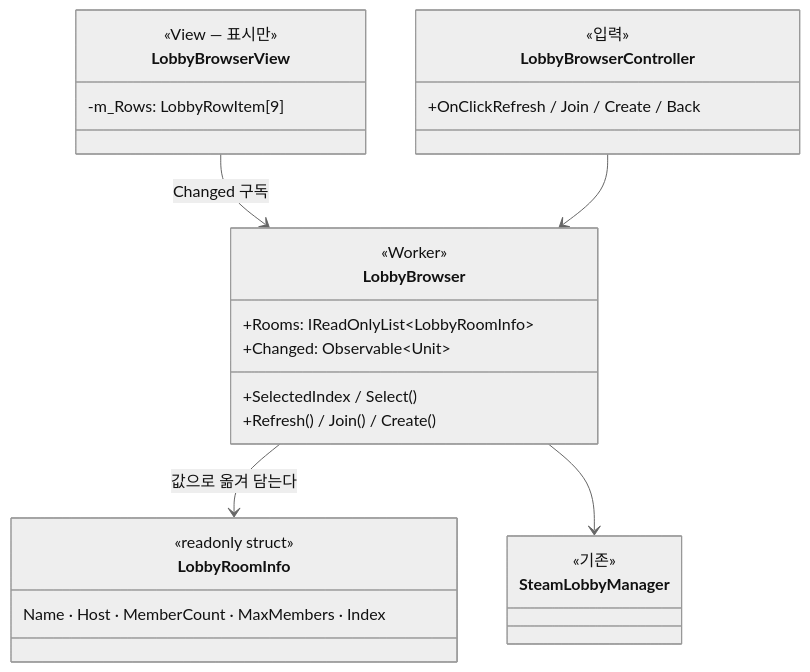
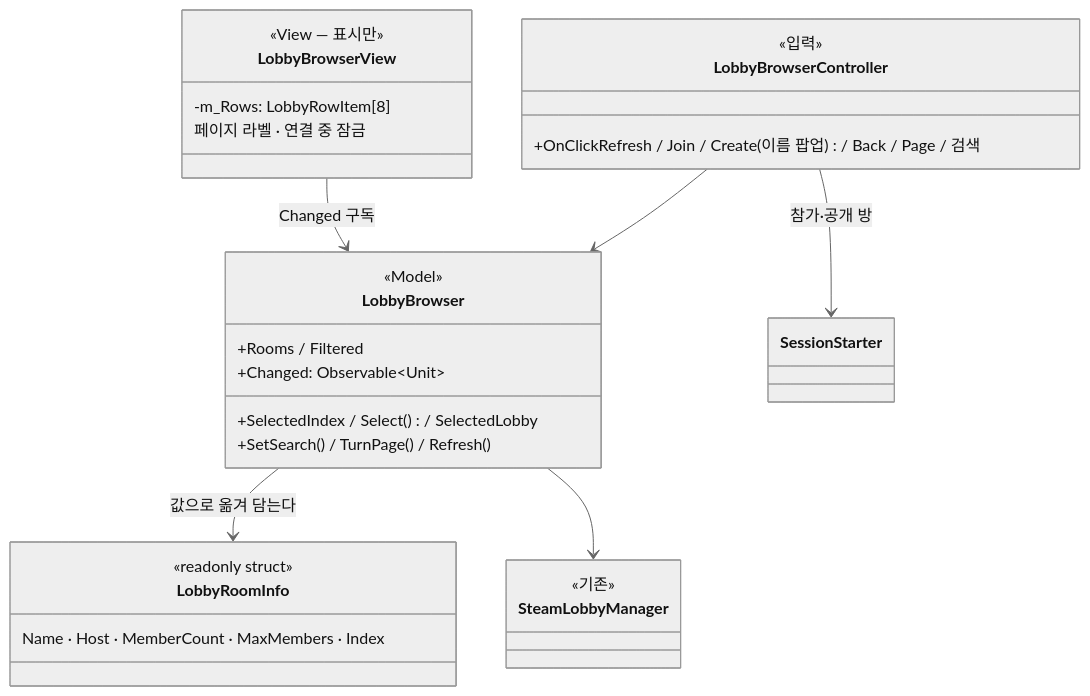
The fifth of 60 diagrams in CTC/docs/design-vault/코드 다이어그램.md (JeahanPark/The-Cheese-Thief-and-the-Cat), drawn with Mermaid (neutral theme) before and after one commit. The commit also changed other lines of this file and 2 other files, not shown here.

First line of the commit message:
docs: 2026-09-14 작업 넷의 규칙·다이어그램·대기열을 맞춘다

````diff
--- a/CTC/docs/design-vault/코드 다이어그램.md
+++ b/CTC/docs/design-vault/코드 다이어그램.md
@@ -85,29 +172,31 @@
 ```mermaid
 classDiagram
   class LobbyRoomInfo {
     <<readonly struct>>
     Name · Host · MemberCount · MaxMembers · Index
   }
   class LobbyBrowser {
-    <<Worker>>
-    +Rooms: IReadOnlyList~LobbyRoomInfo~
+    <<Model>>
+    +Rooms / Filtered
     +Changed: Observable~Unit~
-    +SelectedIndex / Select()
-    +Refresh() / Join() / Create()
+    +SelectedIndex / Select() / SelectedLobby
+    +SetSearch() / TurnPage() / Refresh()
   }
   class LobbyBrowserView {
     <<View — 표시만>>
-    -m_Rows: LobbyRowItem[9]
+    -m_Rows: LobbyRowItem[8]
+    페이지 라벨 · 연결 중 잠금
   }
   class LobbyBrowserController {
     <<입력>>
-    +OnClickRefresh / Join / Create / Back
+    +OnClickRefresh / Join / Create(이름 팝업) / Back / Page / 검색
   }
   class SteamLobbyManager {
     <<기존>>
   }
   LobbyBrowser --> LobbyRoomInfo : 값으로 옮겨 담는다
   LobbyBrowser --> SteamLobbyManager
   LobbyBrowserView --> LobbyBrowser : Changed 구독
   LobbyBrowserController --> LobbyBrowser
+  LobbyBrowserController --> SessionStarter : 참가·공개 방
 ```
````
